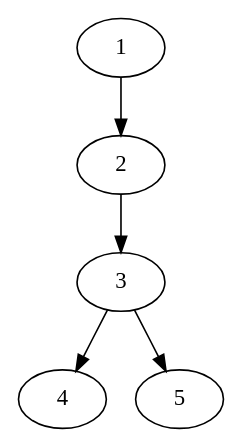
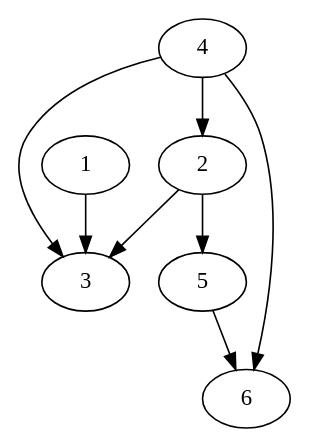
The diagram in data/1.dot (kmandelbaum/yagvis), drawn with Graphviz before and after one commit. The commit also changed 4 other files, not shown here.

```diff
--- a/data/1.dot
+++ b/data/1.dot
@@ -1,6 +1,9 @@
 digraph graph1 {
-    1->2
+    4->2
     2->3
-    3->4
-    3->5
+    4->3
+    2->5
+    5->6
+    4->6
+    1->3
 }
```
